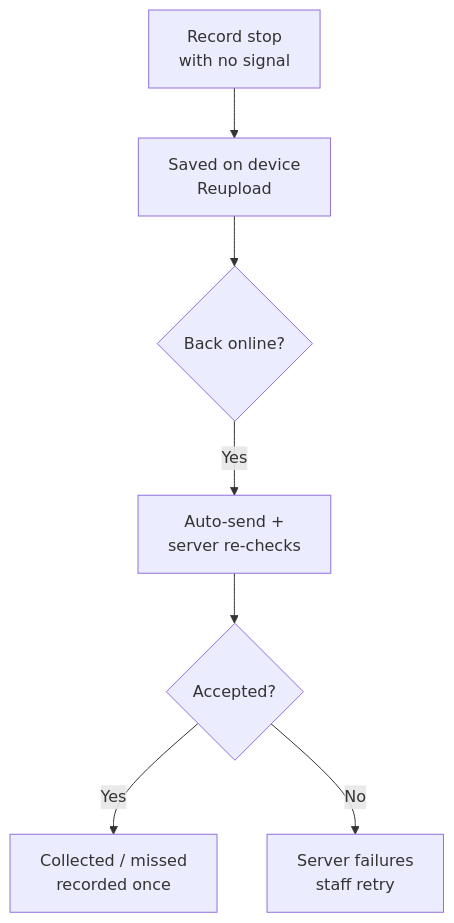
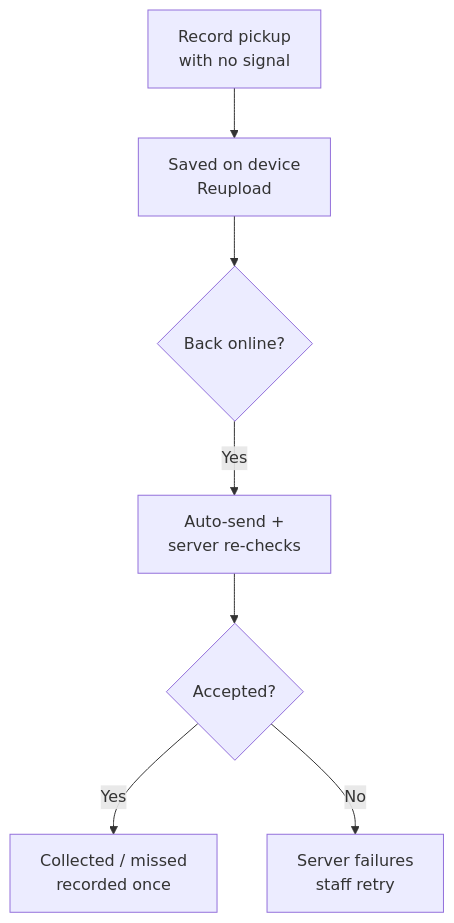
One commit to DoozieSoftware/cip changed the diagram in docs/user-guide/phase-4-offline.md. Above: the diagram before and after it, drawn with Mermaid. The commit also changed other lines of this file and 15 other files, not shown here.

Commit message:
fix(textile): replace visible stop wording with pickup (#24)

````diff
--- a/docs/user-guide/phase-4-offline.md
+++ b/docs/user-guide/phase-4-offline.md
@@ -19,9 +19,9 @@
 ```mermaid
 flowchart TD
-    A[Record stop<br/>with no signal] --> B[Saved on device<br/>Reupload]
+    A[Record pickup<br/>with no signal] --> B[Saved on device<br/>Reupload]
     B --> C{Back online?}
     C -->|Yes| D[Auto-send +<br/>server re-checks]
     D --> E{Accepted?}
     E -->|Yes| F[Collected / missed<br/>recorded once]
     E -->|No| G[Server failures<br/>staff retry]
 ```
````
